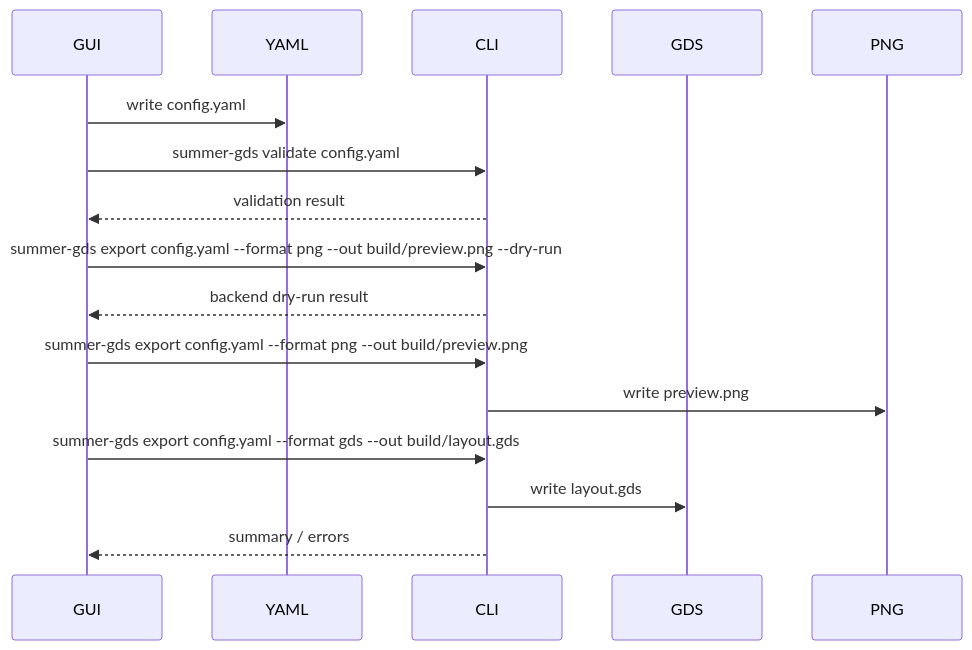
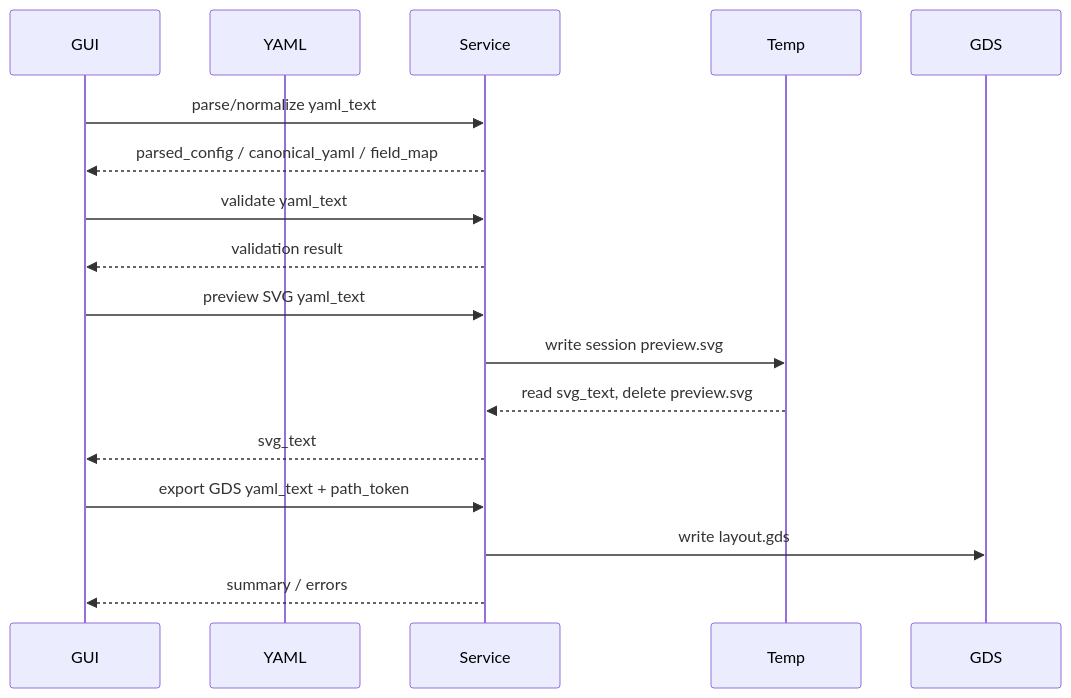
One commit to yyihuan/Summer-GDS changed the diagram in docs/refactor/cli-contract.md. Above: the diagram before and after it, drawn with Mermaid. The commit also changed other lines of this file and 14 other files, not shown here.

````diff
--- a/docs/refactor/cli-contract.md
+++ b/docs/refactor/cli-contract.md
@@ -246,19 +248,20 @@
 ```mermaid
 sequenceDiagram
   participant GUI
   participant YAML
-  participant CLI
+  participant Service
+  participant Temp
   participant GDS
-  participant PNG
 
-  GUI->>YAML: write config.yaml
-  GUI->>CLI: summer-gds validate config.yaml
-  CLI-->>GUI: validation result
-  GUI->>CLI: summer-gds export config.yaml --format png --out build/preview.png --dry-run
-  CLI-->>GUI: backend dry-run result
-  GUI->>CLI: summer-gds export config.yaml --format png --out build/preview.png
-  CLI->>PNG: write preview.png
-  GUI->>CLI: summer-gds export config.yaml --format gds --out build/layout.gds
-  CLI->>GDS: write layout.gds
-  CLI-->>GUI: summary / errors
+  GUI->>Service: parse/normalize yaml_text
+  Service-->>GUI: parsed_config / canonical_yaml / field_map
+  GUI->>Service: validate yaml_text
+  Service-->>GUI: validation result
+  GUI->>Service: preview SVG yaml_text
+  Service->>Temp: write session preview.svg
+  Temp-->>Service: read svg_text, delete preview.svg
+  Service-->>GUI: svg_text
+  GUI->>Service: export GDS yaml_text + path_token
+  Service->>GDS: write layout.gds
+  Service-->>GUI: summary / errors
 ```
````
